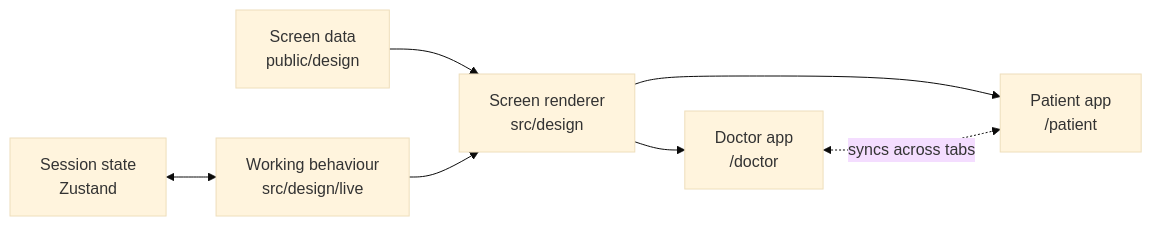
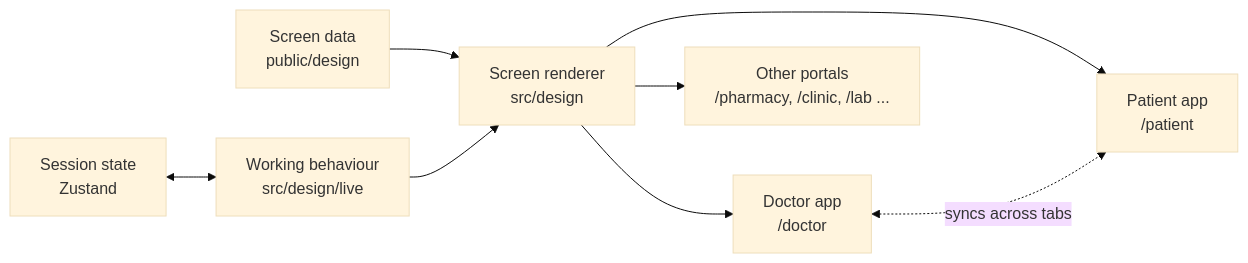
One commit to rahulmjayusetuai/ARONEXA-PROTOTYPE changed the diagram in README.md. Above: the diagram before and after it, drawn with Mermaid (base theme). The commit also changed other lines of this file, not shown here.

Commit message:
Update the README for the new portals and guide videos

````diff
--- a/README.md
+++ b/README.md
@@ -140,9 +142,10 @@
 ```mermaid
 flowchart LR
     A["Screen data<br/>public/design"] --> B["Screen renderer<br/>src/design"]
     C["Working behaviour<br/>src/design/live"] --> B
     D["Session state<br/>Zustand"] <--> C
     B --> E["Doctor app<br/>/doctor"]
     B --> F["Patient app<br/>/patient"]
+    B --> G["Other portals<br/>/pharmacy, /clinic, /lab ..."]
     E <-. "syncs across tabs" .-> F
 ```
````
